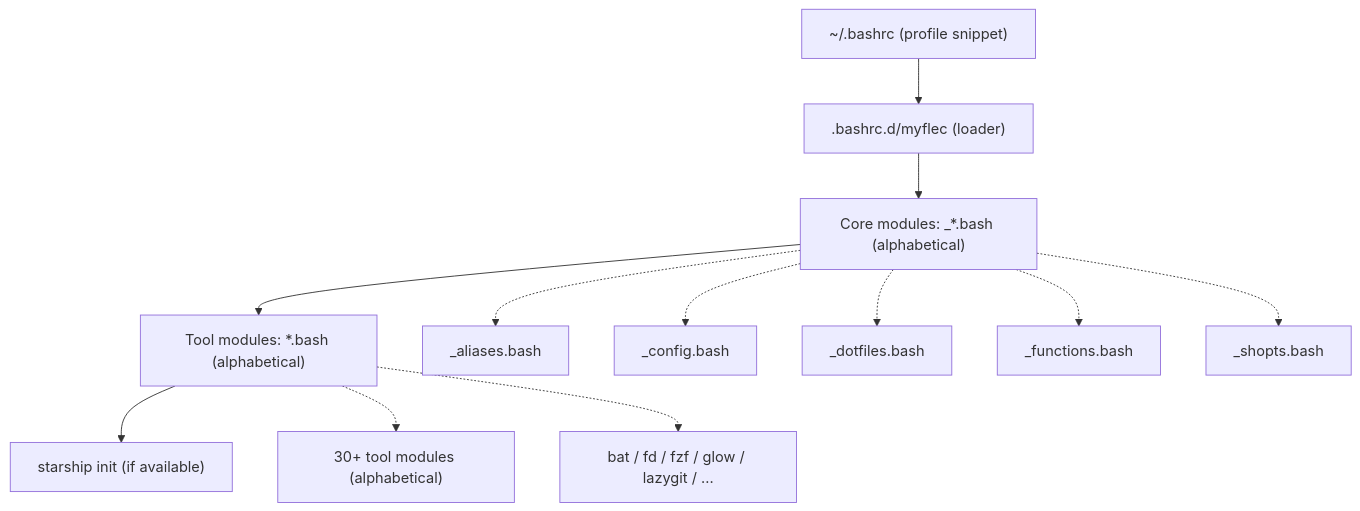
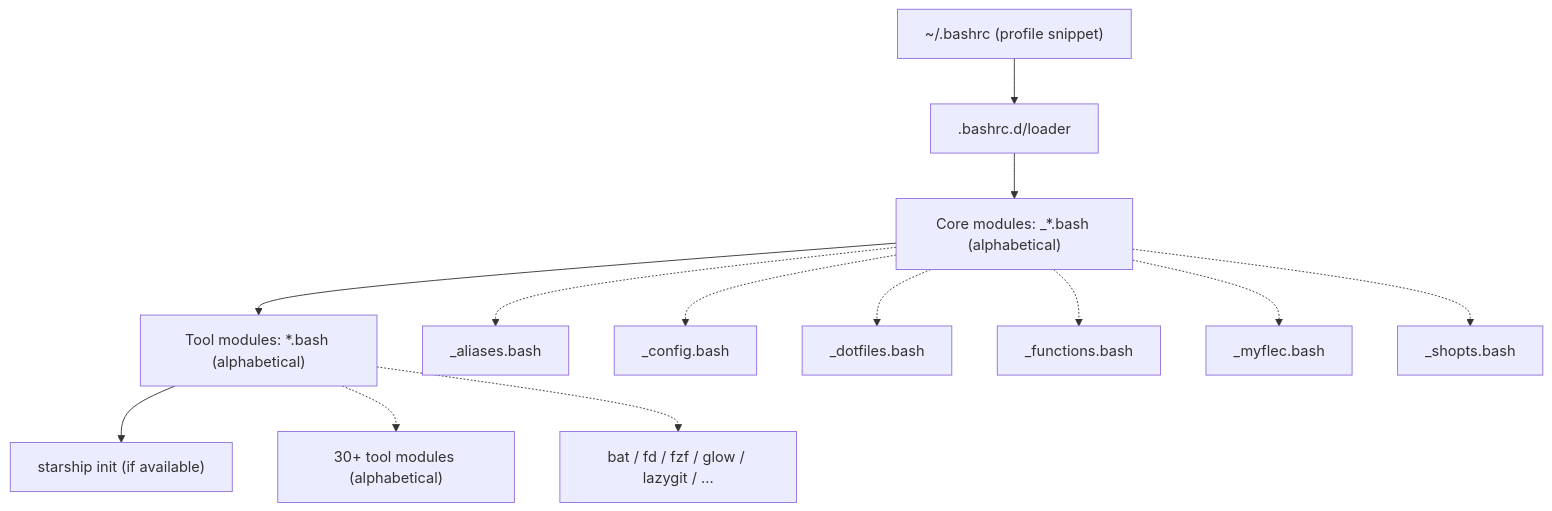
One commit to log0u7/myflec changed the first of 4 diagrams in README.md. Above: the diagram before and after it, drawn with Mermaid. The commit also changed other lines of this file and 10 other files, not shown here.

First line of the commit message:
feat(loader): rename to loader and add myflec status/reload commands

````diff
--- a/README.md
+++ b/README.md
@@ -385,16 +387,17 @@
 ```mermaid
 flowchart TD
-    P["~/.bashrc (profile snippet)"] --> L[".bashrc.d/myflec (loader)"]
+    P["~/.bashrc (profile snippet)"] --> L[".bashrc.d/loader"]
     L --> C["Core modules: _*.bash (alphabetical)"]
     C --> T["Tool modules: *.bash (alphabetical)"]
     T --> S["starship init (if available)"]
 
     C -.-> C1["_aliases.bash"]
     C -.-> C2["_config.bash"]
     C -.-> C3["_dotfiles.bash"]
     C -.-> C4["_functions.bash"]
-    C -.-> C5["_shopts.bash"]
+    C -.-> C5["_myflec.bash"]
+    C -.-> C6["_shopts.bash"]
 
     T -.-> T1["30+ tool modules (alphabetical)"]
     T -.-> T2["bat / fd / fzf / glow / lazygit / ..."]
 ```
````
